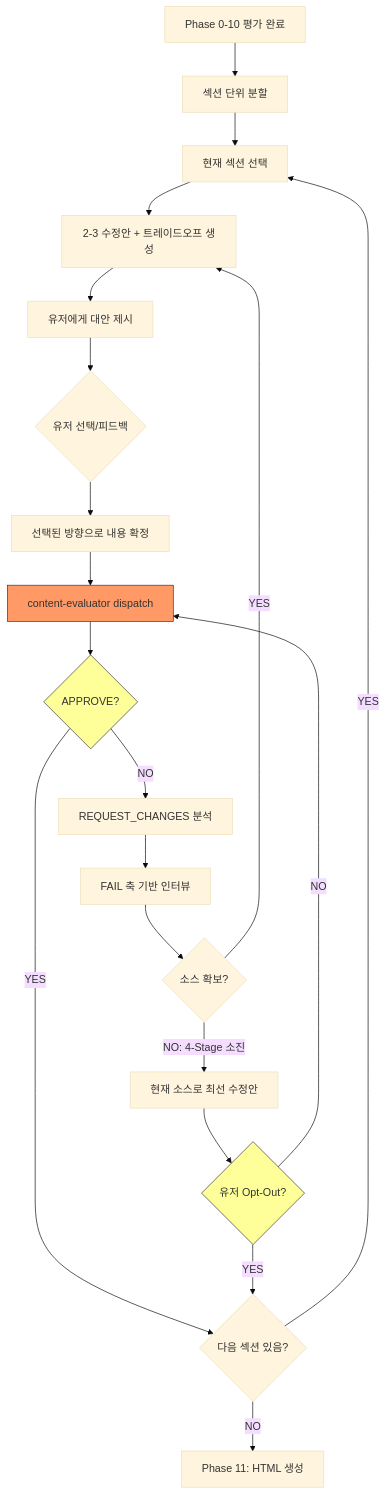
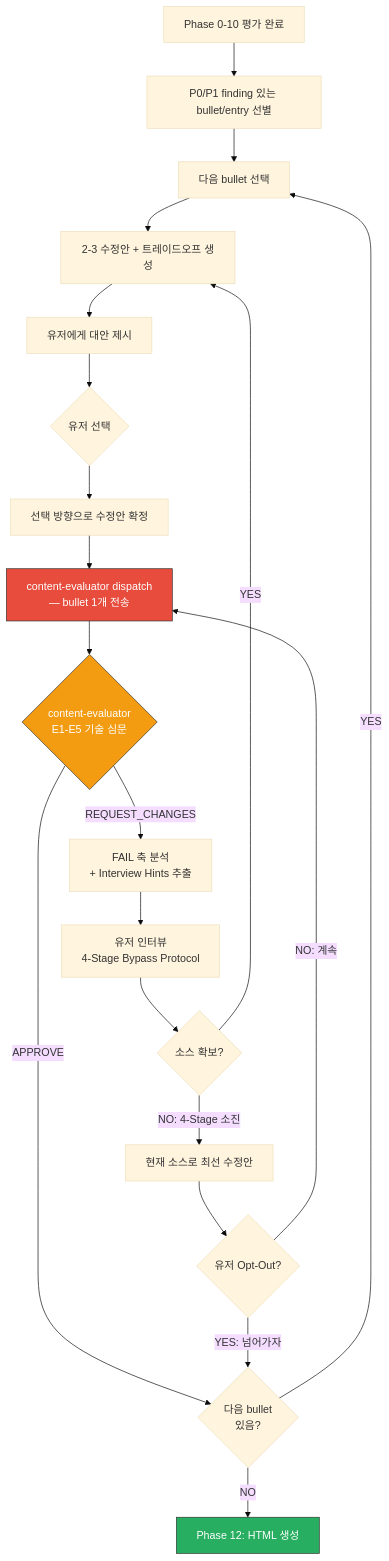
One commit to toongri/oh-my-toong-playground changed the diagram in skills/review-resume/references/content-quality-gate.md. Above: the diagram before and after it, drawn with Mermaid (base theme). The commit also changed other lines of this file and 1 other file, not shown here.

Commit message:
feat: Phase 11 Per-Bullet 단위 업데이트 및 용어 통일

````diff
--- a/skills/review-resume/references/content-quality-gate.md
+++ b/skills/review-resume/references/content-quality-gate.md
@@ -263,26 +263,26 @@
 ```mermaid
 flowchart TB
-    A[Phase 0-10 평가 완료] --> B[섹션 단위 분할]
-    B --> C[현재 섹션 선택]
+    A[Phase 0-10 평가 완료] --> B[P0/P1 finding 있는 bullet/entry 선별]
+    B --> C[다음 bullet 선택]
     C --> D[2-3 수정안 + 트레이드오프 생성]
     D --> E[유저에게 대안 제시]
-    E --> F{유저 선택/피드백}
-    F --> G[선택된 방향으로 내용 확정]
-    G --> H[content-evaluator dispatch]
-    H --> I{APPROVE?}
-    I -->|YES| J{다음 섹션 있음?}
-    I -->|NO| K[REQUEST_CHANGES 분석]
-    K --> L[FAIL 축 기반 인터뷰]
+    E --> F{유저 선택}
+    F --> G[선택 방향으로 수정안 확정]
+    G --> H[content-evaluator dispatch\n— bullet 1개 전송]
+    H --> I{content-evaluator\nE1-E5 기술 심문}
+    I -->|APPROVE| J{다음 bullet\n있음?}
+    I -->|REQUEST_CHANGES| K[FAIL 축 분석\n+ Interview Hints 추출]
+    K --> L[유저 인터뷰\n4-Stage Bypass Protocol]
     L --> M{소스 확보?}
     M -->|YES| D
     M -->|NO: 4-Stage 소진| N[현재 소스로 최선 수정안]
     N --> O{유저 Opt-Out?}
-    O -->|YES| J
-    O -->|NO| H
+    O -->|YES: 넘어가자| J
+    O -->|NO: 계속| H
     J -->|YES| C
-    J -->|NO| P[Phase 11: HTML 생성]
+    J -->|NO| P[Phase 12: HTML 생성]
 
-    style H fill:#f96,stroke:#333
-    style I fill:#ff9,stroke:#333
-    style O fill:#ff9,stroke:#333
+    style H fill:#e74c3c,stroke:#333,color:#fff
+    style I fill:#f39c12,stroke:#333,color:#fff
+    style P fill:#27ae60,stroke:#333,color:#fff
 ```
````
